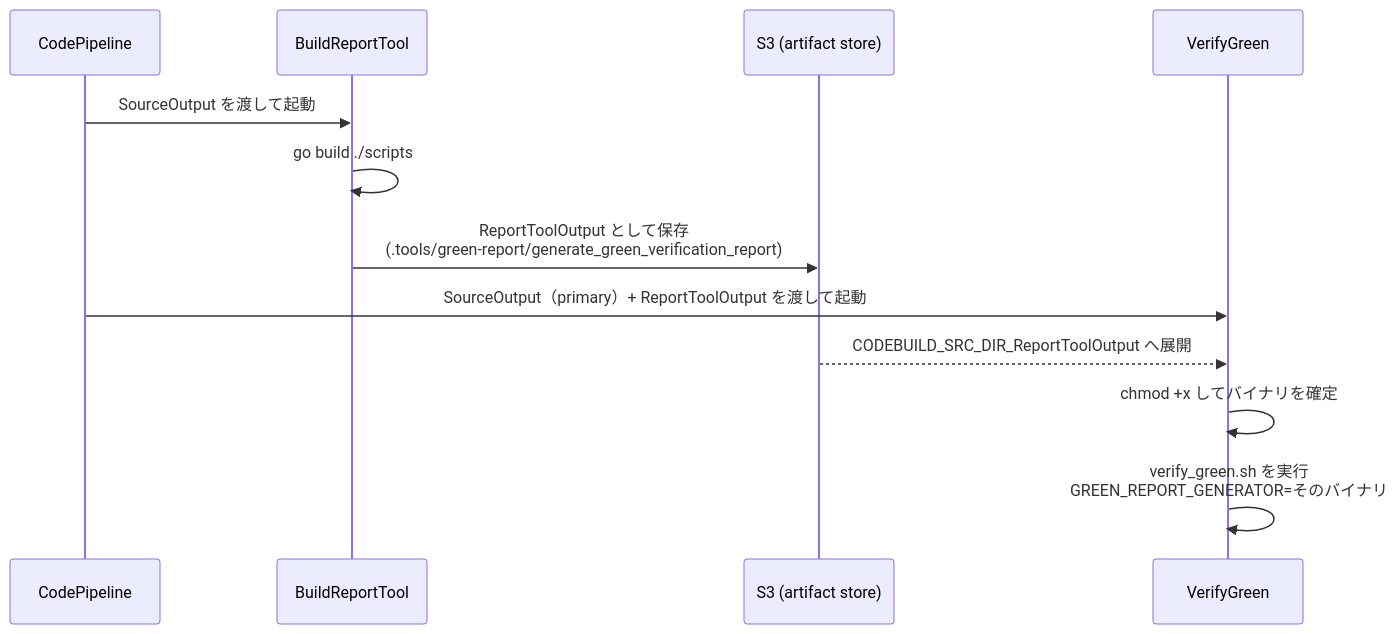
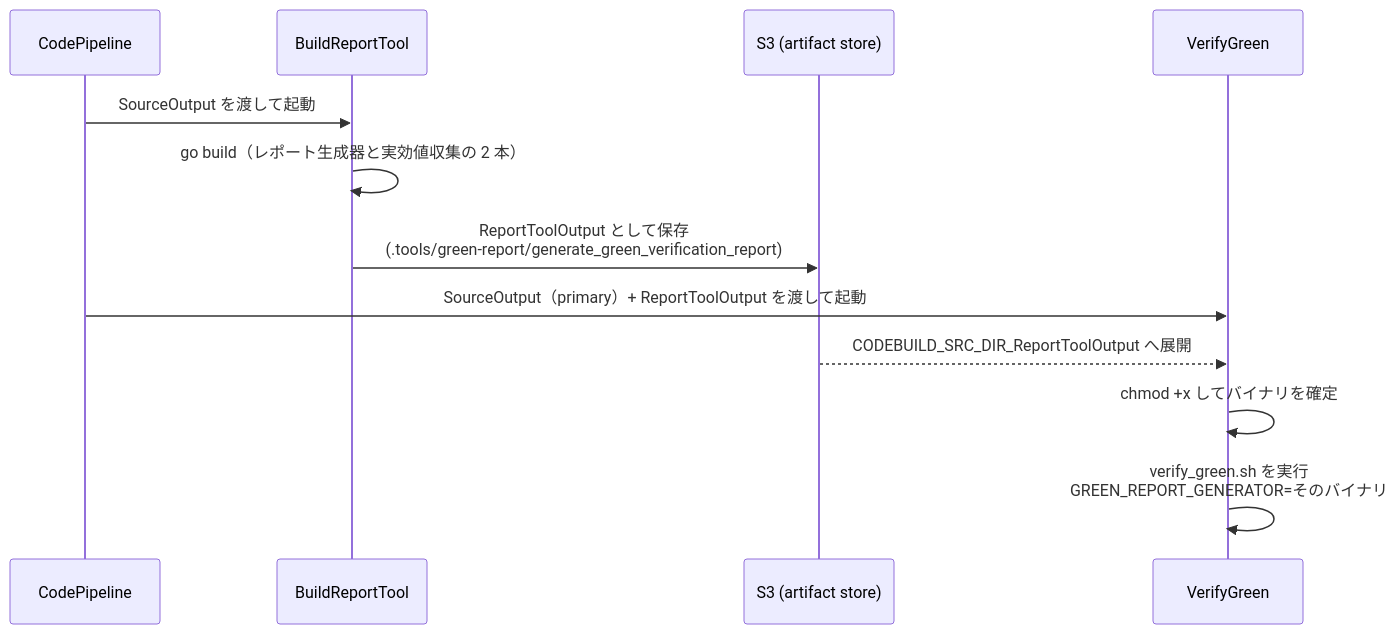
Before and after one commit to rxsxkxd/pk: the third of 7 diagrams in docs/rds_mysql_upgrade/ci/verify-green-vpc-architecture.md, drawn with Mermaid. The commit also changed other lines of this file and 21 other files, not shown here.

````diff
--- a/docs/rds_mysql_upgrade/ci/verify-green-vpc-architecture.md
+++ b/docs/rds_mysql_upgrade/ci/verify-green-vpc-architecture.md
@@ -67,15 +67,15 @@
 ```mermaid
 sequenceDiagram
     participant P as CodePipeline
     participant B as BuildReportTool
     participant S3 as S3 (artifact store)
     participant V as VerifyGreen
 
     P->>B: SourceOutput を渡して起動
-    B->>B: go build ./scripts
+    B->>B: go build（レポート生成器と実効値収集の 2 本）
     B->>S3: ReportToolOutput として保存<br/>(.tools/green-report/generate_green_verification_report)
     P->>V: SourceOutput（primary）+ ReportToolOutput を渡して起動
     S3-->>V: CODEBUILD_SRC_DIR_ReportToolOutput へ展開
     V->>V: chmod +x してバイナリを確定
     V->>V: verify_green.sh を実行<br/>GREEN_REPORT_GENERATOR=そのバイナリ
 ```
````
